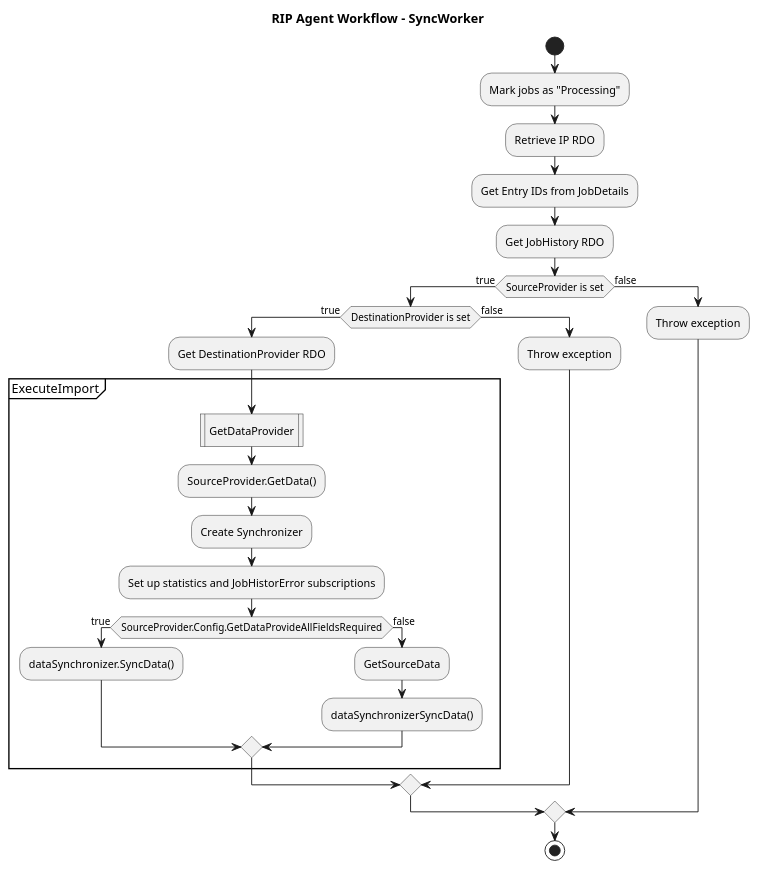
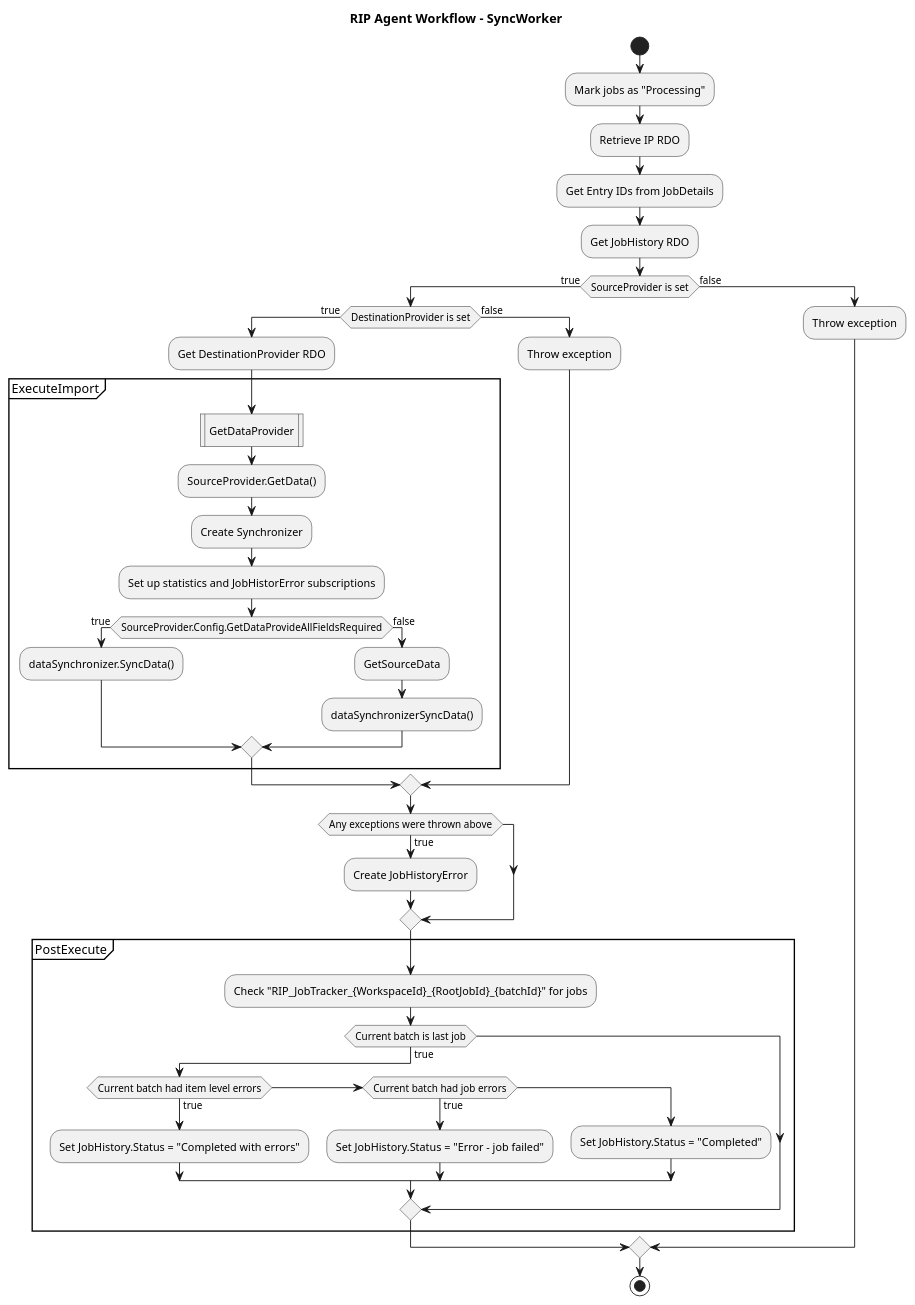
Before and after one commit to relativityone/server-integrationpoints-integrationpoints: the diagram in documentation/SyncWorker.pu, drawn with PlantUML. The commit also changed 1 other file, not shown here.

Commit message:
Added how JobHistory.Status is updated in Agent diagrams
--HG--
branch : feature-UrsaMinor

```diff
--- a/documentation/SyncWorker.pu
+++ b/documentation/SyncWorker.pu
@@ -1,37 +1,54 @@
 @startuml
 
 title RIP Agent Workflow - SyncWorker
 
 start
 
 :Mark jobs as "Processing";
 :Retrieve IP RDO;
 :Get Entry IDs from JobDetails;
 :Get JobHistory RDO;
 
 if (SourceProvider is set) then (true)
     if (DestinationProvider is set) then (true)
         :Get DestinationProvider RDO;
         partition ExecuteImport {
 			:GetDataProvider|
             :SourceProvider.GetData();
             :Create Synchronizer;
             :Set up statistics and JobHistorError subscriptions;
             
             if (SourceProvider.Config.GetDataProvideAllFieldsRequired) then (true)
                 :dataSynchronizer.SyncData();
             else (false)
                 :GetSourceData;
                 :dataSynchronizerSyncData();
             endif
         }
     else (false)
         :Throw exception;
     endif
+    
+    if (Any exceptions were thrown above) then (true)
+        :Create JobHistoryError;
+    endif
+    
+    partition PostExecute {
+        :Check "RIP_JobTracker_{WorkspaceId}_{RootJobId}_{batchId}" for jobs;
+        if (Current batch is last job) then (true)
+            if (Current batch had item level errors) then (true)
+                :Set JobHistory.Status = "Completed with errors";
+            elseif (Current batch had job errors) then (true)
+                :Set JobHistory.Status = "Error - job failed";
+            else
+                :Set JobHistory.Status = "Completed";
+            endif
+        endif
+    }
 else (false)
     :Throw exception;
 endif
 
 stop
 
 @enduml
```
